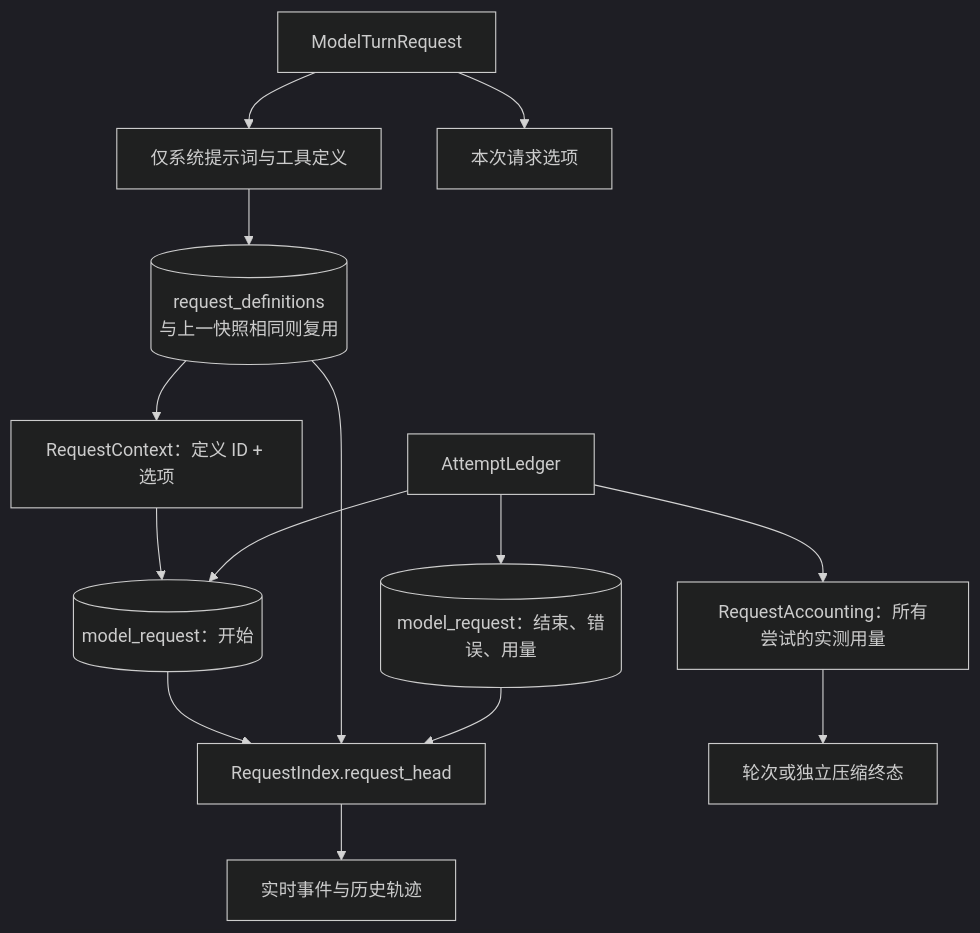
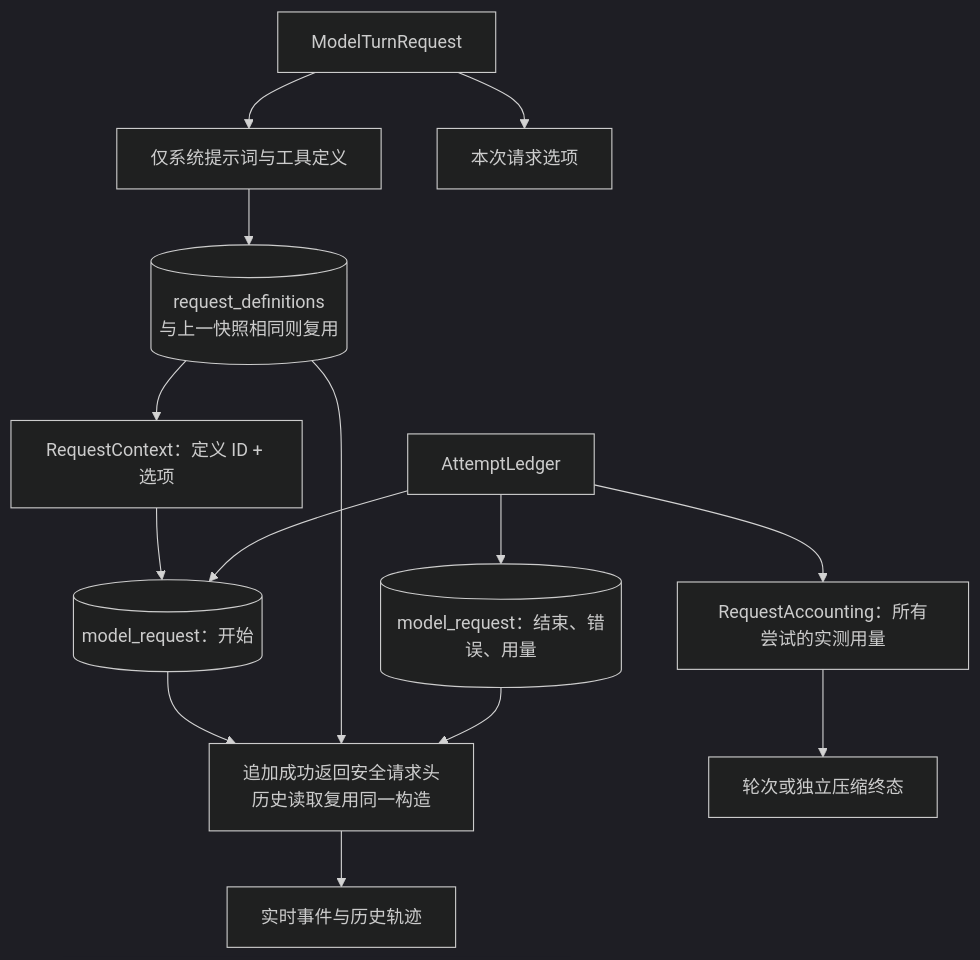
Before and after one commit to qjcnmd/singularity-agent: diagram 26 of 29 in docs/singularity.md, drawn with Mermaid (dark theme). The commit also changed other lines of this file and 63 other files, not shown here.

````diff
--- a/docs/singularity.md
+++ b/docs/singularity.md
@@ -684,16 +684,16 @@
 ```mermaid
 flowchart TB
     Request["ModelTurnRequest"] --> Definitions["仅系统提示词与工具定义"]
     Definitions --> Snapshot[("request_definitions<br/>与上一快照相同则复用")]
     Request --> Preferences["本次请求选项"]
     Snapshot --> Reference["RequestContext：定义 ID + 选项"]
     Reference --> Start[("model_request：开始")]
     Attempt["AttemptLedger"] --> Start
     Attempt --> End[("model_request：结束、错误、用量")]
-    Start --> Head["RequestIndex.request_head"]
+    Start --> Head["追加成功返回安全请求头<br/>历史读取复用同一构造"]
     Snapshot --> Head
     End --> Head
     Head --> UI["实时事件与历史轨迹"]
     Attempt --> Usage["RequestAccounting：所有尝试的实测用量"]
     Usage --> Terminal["轮次或独立压缩终态"]
 ```
````
